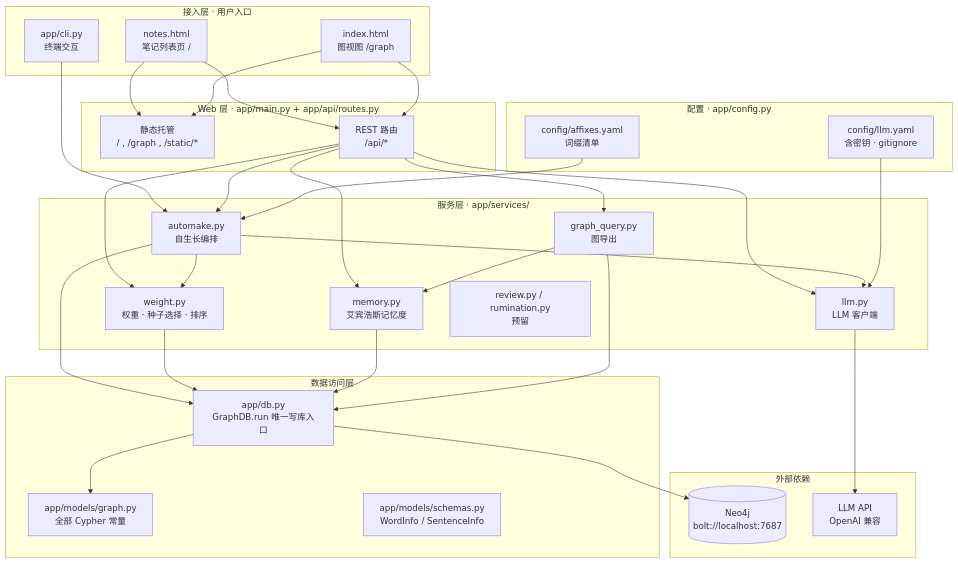
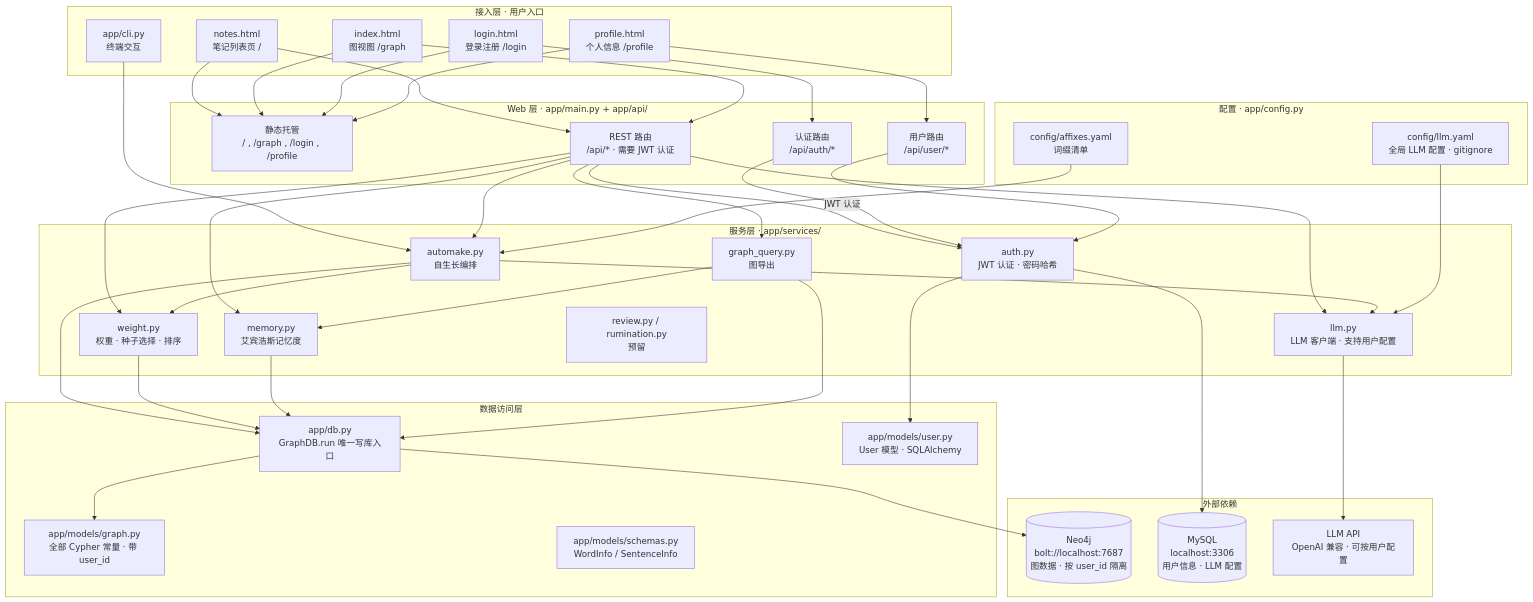
One commit to oraclewhere/graph_memory changed the first of 6 diagrams in docs/ARCHITECTURE.md. Above: the diagram before and after it, drawn with Mermaid. The commit also changed other lines of this file and 3 other files, not shown here.

````diff
--- a/docs/ARCHITECTURE.md
+++ b/docs/ARCHITECTURE.md
@@ -20,65 +22,81 @@
 ```mermaid
 flowchart TB
     subgraph L1["接入层 · 用户入口"]
         A1["notes.html<br/>笔记列表页 /"]
         A2["index.html<br/>图视图 /graph"]
-        A3["app/cli.py<br/>终端交互"]
+        A3["login.html<br/>登录注册 /login"]
+        A4["profile.html<br/>个人信息 /profile"]
+        A5["app/cli.py<br/>终端交互"]
     end
 
-    subgraph L2["Web 层 · app/main.py + app/api/routes.py"]
-        B1["静态托管<br/>/ , /graph , /static/*"]
-        B2["REST 路由<br/>/api/*"]
+    subgraph L2["Web 层 · app/main.py + app/api/"]
+        B1["静态托管<br/>/ , /graph , /login , /profile"]
+        B2["REST 路由<br/>/api/* · 需要 JWT 认证"]
+        B3["认证路由<br/>/api/auth/*"]
+        B4["用户路由<br/>/api/user/*"]
     end
 
     subgraph L3["服务层 · app/services/"]
         C1["automake.py<br/>自生长编排"]
         C2["weight.py<br/>权重 · 种子选择 · 排序"]
         C3["memory.py<br/>艾宾浩斯记忆度"]
         C4["graph_query.py<br/>图导出"]
-        C5["llm.py<br/>LLM 客户端"]
-        C6["review.py / rumination.py<br/>预留"]
+        C5["llm.py<br/>LLM 客户端 · 支持用户配置"]
+        C6["auth.py<br/>JWT 认证 · 密码哈希"]
+        C7["review.py / rumination.py<br/>预留"]
     end
 
     subgraph L4["数据访问层"]
         D1["app/db.py<br/>GraphDB.run 唯一写库入口"]
-        D2["app/models/graph.py<br/>全部 Cypher 常量"]
+        D2["app/models/graph.py<br/>全部 Cypher 常量 · 带 user_id"]
         D3["app/models/schemas.py<br/>WordInfo / SentenceInfo"]
+        D4["app/models/user.py<br/>User 模型 · SQLAlchemy"]
     end
 
     subgraph L5["外部依赖"]
-        E1[("Neo4j<br/>bolt://localhost:7687")]
-        E2["LLM API<br/>OpenAI 兼容"]
+        E1[("Neo4j<br/>bolt://localhost:7687<br/>图数据 · 按 user_id 隔离")]
+        E2[("MySQL<br/>localhost:3306<br/>用户信息 · LLM 配置")]
+        E3["LLM API<br/>OpenAI 兼容 · 可按用户配置"]
     end
 
     subgraph L6["配置 · app/config.py"]
-        F1["config/llm.yaml<br/>含密钥 · gitignore"]
+        F1["config/llm.yaml<br/>全局 LLM 配置 · gitignore"]
         F2["config/affixes.yaml<br/>词缀清单"]
     end
 
     A1 --> B1
     A2 --> B1
+    A3 --> B1
+    A4 --> B1
     A1 --> B2
     A2 --> B2
-    A3 --> C1
+    A3 --> B3
+    A4 --> B4
+    A5 --> C1
 
     B2 --> C1
     B2 --> C2
     B2 --> C3
     B2 --> C4
     B2 --> C5
+    B2 -->|"JWT 认证"| C6
+    B3 --> C6
+    B4 --> C6
 
     C1 --> C2
     C1 --> C5
     C1 --> D1
     C2 --> D1
     C3 --> D1
     C4 --> D1
     C4 --> C3
+    C6 --> D4
 
     D1 --> D2
     D1 --> E1
-    C5 --> E2
+    C6 --> E2
+    C5 --> E3
 
     F1 --> C5
     F2 --> C1
 ```
````
